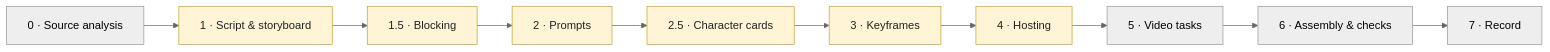
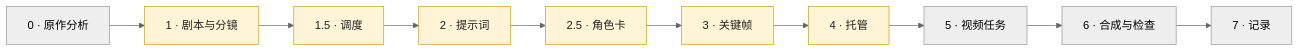
Before and after one commit to acesjohnny/keyframe-video-skill: the diagram in README.md, drawn with Mermaid (neutral theme). The commit also changed other lines of this file and 17 other files, not shown here.

````diff
--- a/README.md
+++ b/README.md
@@ -25,14 +27,14 @@
 ```mermaid
 flowchart LR
-    A["0 · Source analysis"] --> B["1 · Script & storyboard"]
-    B --> C["1.5 · Blocking"]
-    C --> D["2 · Prompts"]
-    D --> E["2.5 · Character cards"]
-    E --> F["3 · Keyframes"]
-    F --> G["4 · Hosting"]
-    G --> H["5 · Video tasks"]
-    H --> I["6 · Assembly & checks"]
-    I --> J["7 · Record"]
+    A["0 · 原作分析"] --> B["1 · 剧本与分镜"]
+    B --> C["1.5 · 调度"]
+    C --> D["2 · 提示词"]
+    D --> E["2.5 · 角色卡"]
+    E --> F["3 · 关键帧"]
+    F --> G["4 · 托管"]
+    G --> H["5 · 视频任务"]
+    H --> I["6 · 合成与检查"]
+    I --> J["7 · 记录"]
     classDef gate fill:#fff4d6,stroke:#c9a227,color:#222;
     class B,C,D,E,F,G gate;
 ```
````
